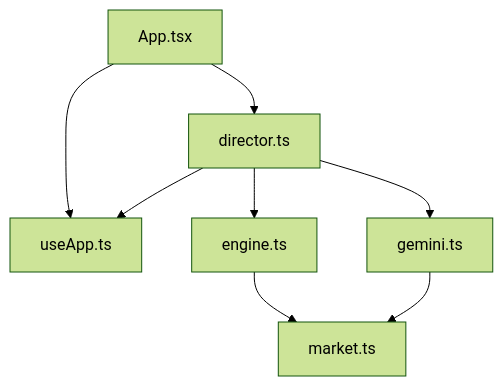
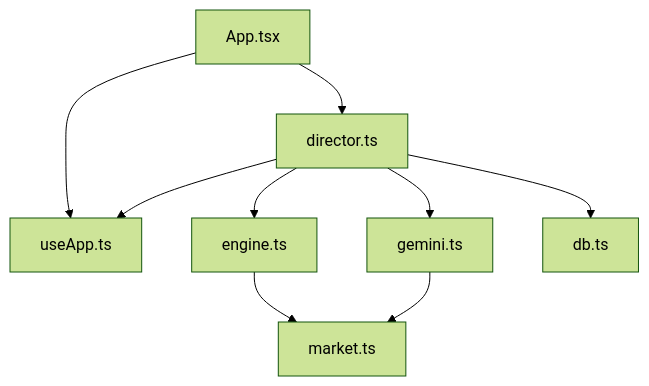
Before and after one commit to MudassarAbrar/FreshRoute-Ai: the first of 7 diagrams in .qoder/repowiki/en/content/State Management.md, drawn with Mermaid (forest theme). The commit also changed other lines of this file and 179 other files, not shown here.

````diff
--- a/.qoder/repowiki/en/content/State Management.md
+++ b/.qoder/repowiki/en/content/State Management.md
@@ -36,10 +44,11 @@
 ```mermaid
 graph TB
 App["App.tsx"] --> Store["useApp.ts"]
 App --> Director["director.ts"]
 Director --> Store
 Director --> Engine["engine.ts"]
 Director --> Gemini["gemini.ts"]
 Engine --> Market["market.ts"]
 Gemini --> Market
+Director --> DB["db.ts"]
 ```
````
